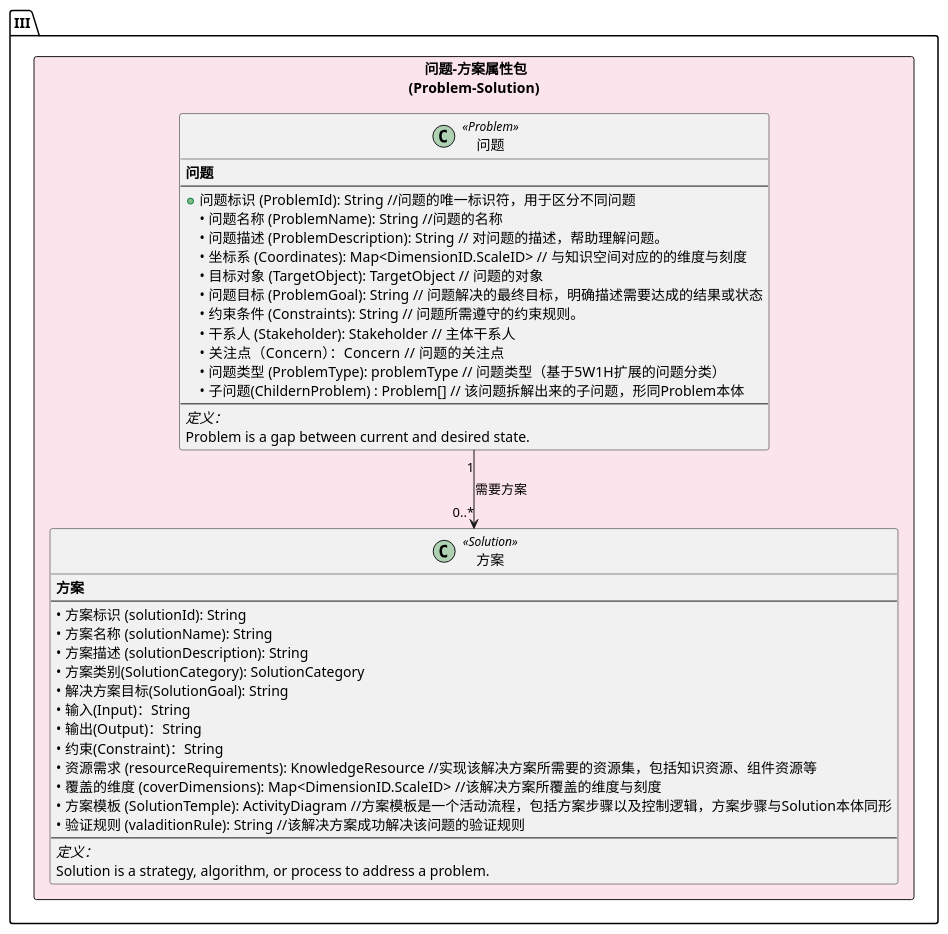
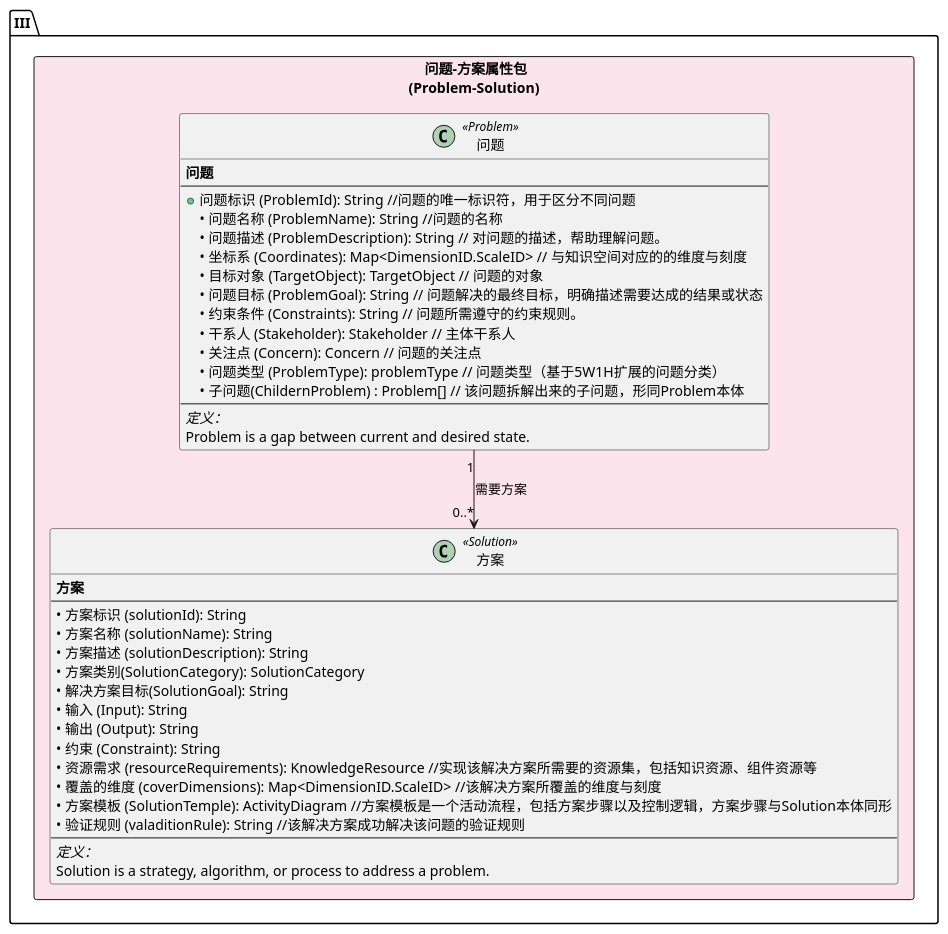
The diagram in algorithm/knowledge_extract_v2/benchmark/simple/ontology/Problem_Solution_Ontology.puml (Kogler7/QASystem), drawn with PlantUML before and after one commit. The commit also changed 153 other files, not shown here.

```diff
--- a/algorithm/knowledge_extract_v2/benchmark/simple/ontology/Problem_Solution_Ontology.puml
+++ b/algorithm/knowledge_extract_v2/benchmark/simple/ontology/Problem_Solution_Ontology.puml
@@ -1,46 +1,46 @@
 @startuml
 package "III. 问题-方案属性包\n(Problem-Solution)" <<Rectangle>> #FCE4EC {
   
   class 问题 <<Problem>> {
     <b>问题</b>
     ---
     + 问题标识 (ProblemId): String //问题的唯一标识符，用于区分不同问题
     • 问题名称 (ProblemName): String //问题的名称
     • 问题描述 (ProblemDescription): String // 对问题的描述，帮助理解问题。
     • 坐标系 (Coordinates): Map<DimensionID.ScaleID> // 与知识空间对应的的维度与刻度
     • 目标对象 (TargetObject): TargetObject // 问题的对象
     • 问题目标 (ProblemGoal): String // 问题解决的最终目标，明确描述需要达成的结果或状态
     • 约束条件 (Constraints): String // 问题所需遵守的约束规则。
     • 干系人 (Stakeholder): Stakeholder // 主体干系人
-    • 关注点（Concern）：Concern // 问题的关注点
+    • 关注点 (Concern): Concern // 问题的关注点
     • 问题类型 (ProblemType): problemType // 问题类型（基于5W1H扩展的问题分类）
     • 子问题(ChildernProblem) : Problem[] // 该问题拆解出来的子问题，形同Problem本体
     ---
     <i>定义：</i>
     Problem is a gap between current and desired state.
   }
   
   class 方案 <<Solution>> {
     <b>方案</b>
     ---
     • 方案标识 (solutionId): String
     • 方案名称 (solutionName): String
     • 方案描述 (solutionDescription): String
     • 方案类别(SolutionCategory): SolutionCategory
     • 解决方案目标(SolutionGoal): String
-    • 输入(Input)：String
-    • 输出(Output)：String
-    • 约束(Constraint)：String
+    • 输入 (Input): String
+    • 输出 (Output): String
+    • 约束 (Constraint): String
     • 资源需求 (resourceRequirements): KnowledgeResource //实现该解决方案所需要的资源集，包括知识资源、组件资源等
     • 覆盖的维度 (coverDimensions): Map<DimensionID.ScaleID> //该解决方案所覆盖的维度与刻度
     • 方案模板 (SolutionTemple): ActivityDiagram //方案模板是一个活动流程，包括方案步骤以及控制逻辑，方案步骤与Solution本体同形
     • 验证规则 (valaditionRule): String //该解决方案成功解决该问题的验证规则
     ---
     <i>定义：</i>
     Solution is a strategy, algorithm, or process to address a problem.
   }
   
   ' 问题-方案内部关系
   问题 "1" --> "0..*" 方案 : 需要方案
 }
 @enduml
```
